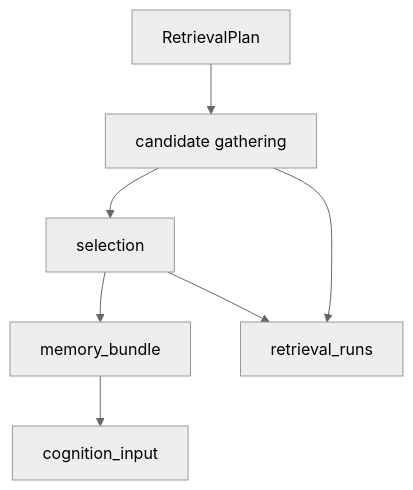
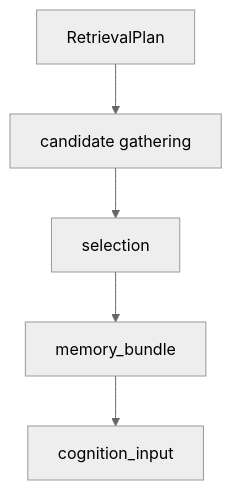
The second of 3 diagrams in docs/32_記憶設計.md (hirona98/OtomeKairo), drawn with Mermaid (neutral theme) before and after one commit. The commit also changed other lines of this file and 17 other files, not shown here.

````diff
--- a/docs/32_記憶設計.md
+++ b/docs/32_記憶設計.md
@@ -329,9 +328,7 @@
 ```mermaid
 flowchart TD
     plan["RetrievalPlan"] --> gather["candidate gathering"]
     gather --> select["selection"]
     select --> bundle["memory_bundle"]
-    gather --> trace["retrieval_runs"]
-    select --> trace
     bundle --> cognition["cognition_input"]
 ```
````
